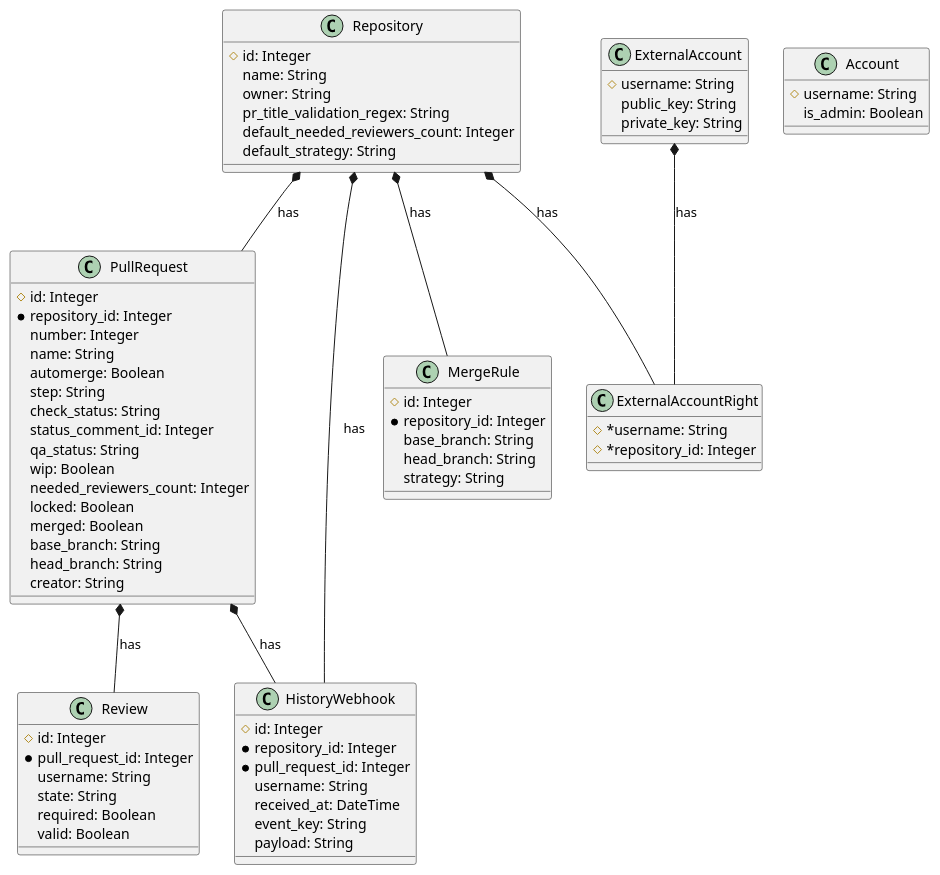
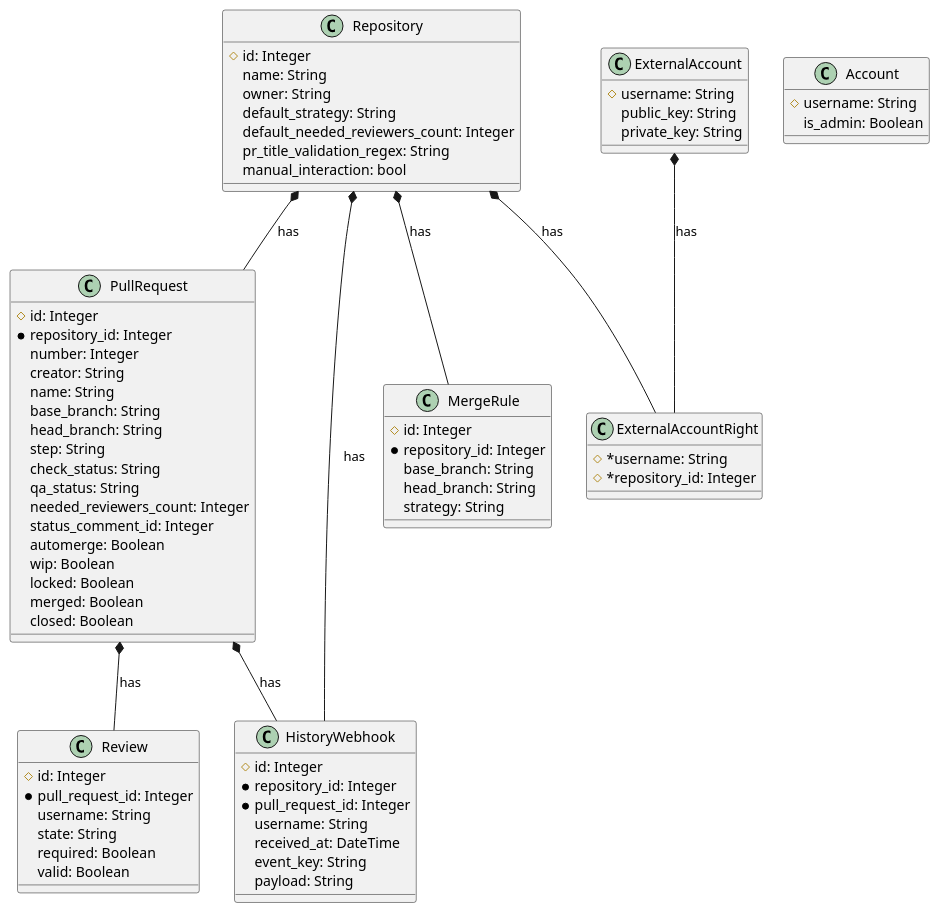
One commit to sharingcloud/github-scbot changed the diagram in docs/schema.plantuml. Above: the diagram before and after it, drawn with PlantUML. The commit also changed 157 other files, not shown here.

```diff
--- a/docs/schema.plantuml
+++ b/docs/schema.plantuml
@@ -1,76 +1,81 @@
 @startuml Schema
 class Repository {
     #id: Integer
     name: String
     owner: String
+    default_strategy: String
+    default_needed_reviewers_count: Integer
     pr_title_validation_regex: String
-    default_needed_reviewers_count: Integer
-    default_strategy: String
+    manual_interaction: bool
 }
+
 class PullRequest {
     #id: Integer
     *repository_id: Integer
     number: Integer
+    creator: String
     name: String
-    automerge: Boolean
+    base_branch: String
+    head_branch: String
     step: String
     check_status: String
+    qa_status: String
+    needed_reviewers_count: Integer
     status_comment_id: Integer
-    qa_status: String
+    automerge: Boolean
     wip: Boolean
-    needed_reviewers_count: Integer
     locked: Boolean
     merged: Boolean
-    base_branch: String
-    head_branch: String
-    creator: String
+    closed: Boolean
 }
+
 class Review {
     #id: Integer
     *pull_request_id: Integer
     username: String
     state: String
     required: Boolean
     valid: Boolean
 }
+
 class MergeRule {
     #id: Integer
     *repository_id: Integer
     base_branch: String
     head_branch: String
     strategy: String
 }
 
 class ExternalAccount {
     #username: String
     public_key: String
     private_key: String
 }
 class ExternalAccountRight {
     #*username: String
     #*repository_id: Integer
 }
 
 class Account {
     #username: String
     is_admin: Boolean
 }
 
 class HistoryWebhook {
     #id: Integer
     *repository_id: Integer
     *pull_request_id: Integer
     username: String
     received_at: DateTime
     event_key: String
     payload: String
 }
 
 Repository *-- PullRequest : has
 Repository *-- MergeRule : has
 PullRequest *-- Review : has
 ExternalAccount *-- ExternalAccountRight : has
 Repository *-- ExternalAccountRight : has
 Repository *-- HistoryWebhook : has
 PullRequest *-- HistoryWebhook : has
 @enduml
```
